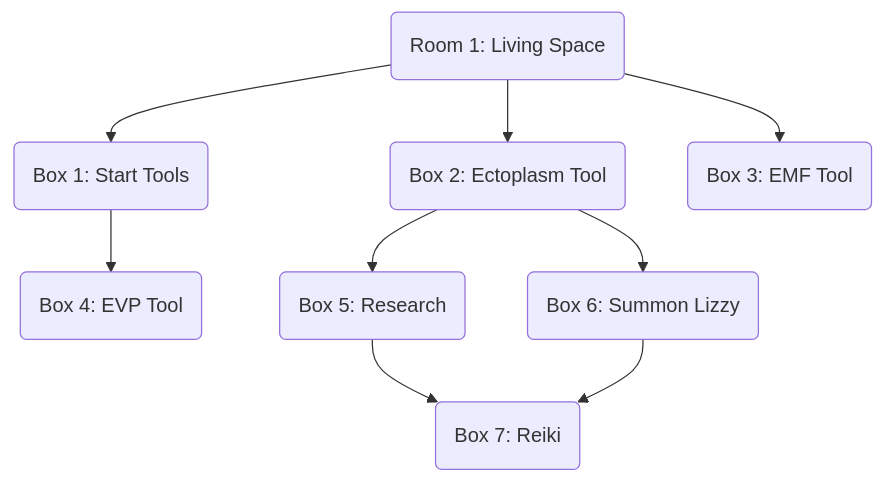
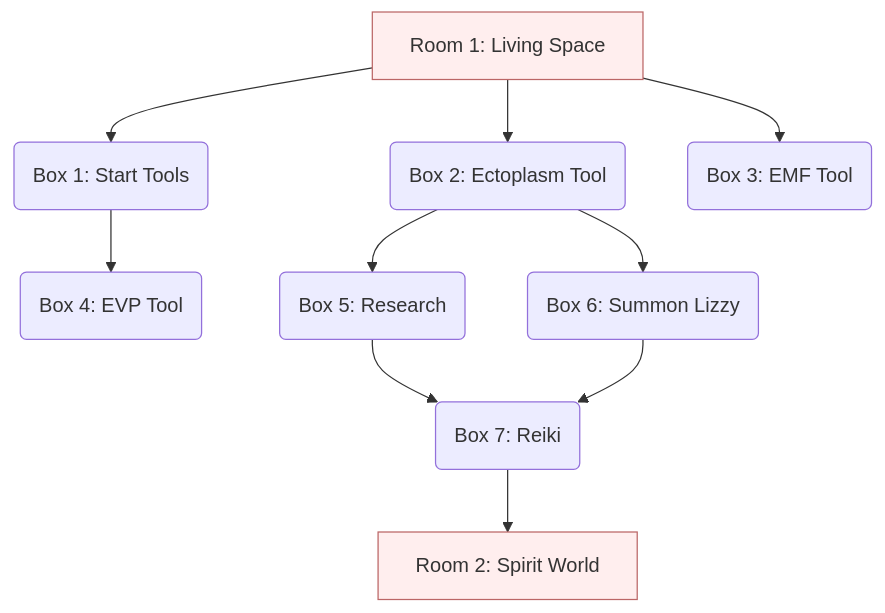
The diagram in content/rooms/ghost-chasers/index.md (open-sesame-escape/open-sesame-escape.github.io), drawn with Mermaid before and after one commit. The commit also changed other lines of this file, not shown here.

Commit message:
Add spirit room to ghost chasers room

```diff
--- a/content/rooms/ghost-chasers/index.md
+++ b/content/rooms/ghost-chasers/index.md
@@ -263,11 +284,14 @@
 {{< mermaid align="center" >}}
 graph TB;
-  R1(Room 1: Living Space) --> B1 & B2 & B3
+  R1[Room 1: Living Space] --> B1 & B2 & B3
+  style R1 fill:#fee,stroke:#b66
   B1(Box 1: Start Tools) --> B4
   B2(Box 2: Ectoplasm Tool) --> B5 & B6
   B3(Box 3: EMF Tool)
   B4(Box 4: EVP Tool)
   B5(Box 5: Research) --> B7
   B6(Box 6: Summon Lizzy) --> B7
-  B7(Box 7: Reiki)
+  B7(Box 7: Reiki) --> R2
+  R2[Room 2: Spirit World]
+  style R2 fill:#fee,stroke:#b66
 {{< /mermaid >}}
```
